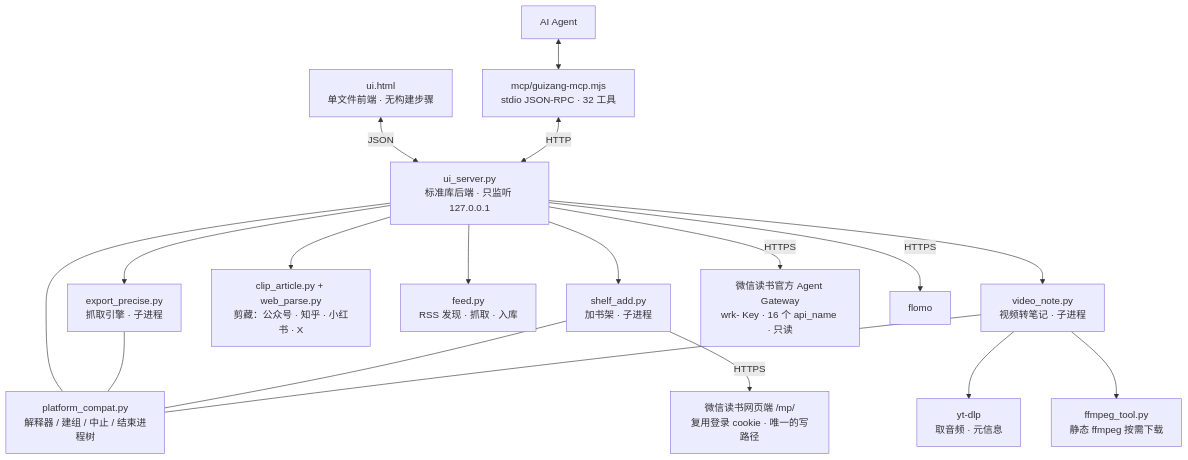
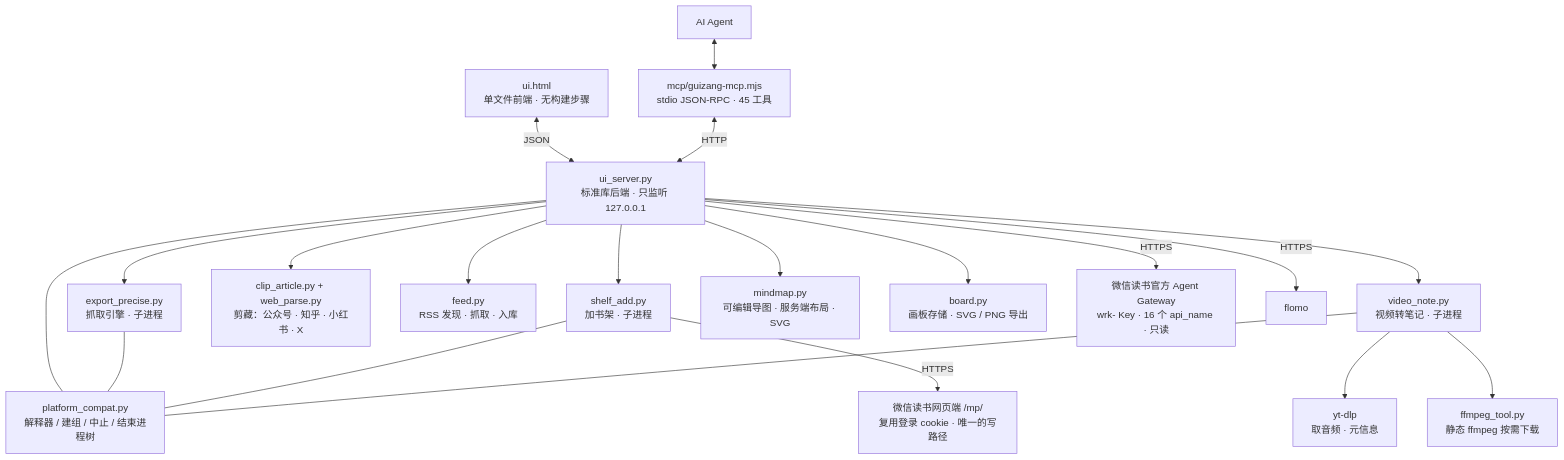
Before and after one commit to KEQingFeng/weread-guizang: the second of 2 diagrams in README.md, drawn with Mermaid. The commit also changed other lines of this file and 33 other files, not shown here.

First line of the commit message:
归藏 0.9.9 补（第二十九轮）：可编辑脑图 + 画板涂鸦，视频与订阅做成工具

````diff
--- a/README.md
+++ b/README.md
@@ -272,36 +283,40 @@
 ```mermaid
 flowchart TB
   UI[ui.html<br/>单文件前端 · 无构建步骤]
   S[ui_server.py<br/>标准库后端 · 只监听 127.0.0.1]
   E[export_precise.py<br/>抓取引擎 · 子进程]
   SA[shelf_add.py<br/>加书架 · 子进程]
   CL[clip_article.py + web_parse.py<br/>剪藏：公众号 · 知乎 · 小红书 · X]
   FS[feed.py<br/>RSS 发现 · 抓取 · 入库]
   VN[video_note.py<br/>视频转笔记 · 子进程]
   FF[ffmpeg_tool.py<br/>静态 ffmpeg 按需下载]
+  MM[mindmap.py<br/>可编辑导图 · 服务端布局 · SVG]
+  BD[board.py<br/>画板存储 · SVG / PNG 导出]
   YT[yt-dlp<br/>取音频 · 元信息]
   WG[微信读书官方 Agent Gateway<br/>wrk- Key · 16 个 api_name · 只读]
   WP[微信读书网页端 /mp/<br/>复用登录 cookie · 唯一的写路径]
   FL[flomo]
   PC[platform_compat.py<br/>解释器 / 建组 / 中止 / 结束进程树]
-  M[mcp/guizang-mcp.mjs<br/>stdio JSON-RPC · 32 工具]
+  M[mcp/guizang-mcp.mjs<br/>stdio JSON-RPC · 45 工具]
   AG[AI Agent]
 
   UI <-->|JSON| S
   S --> E
   S --> SA
   S --> CL
   S --> FS
   S --> VN
+  S --> MM
+  S --> BD
   S -->|HTTPS| WG
   SA -->|HTTPS| WP
   S -->|HTTPS| FL
   S --- PC
   E --- PC
   SA --- PC
   VN --- PC
   VN --> YT
   VN --> FF
   M <-->|HTTP| S
   AG <--> M
 ```
````
